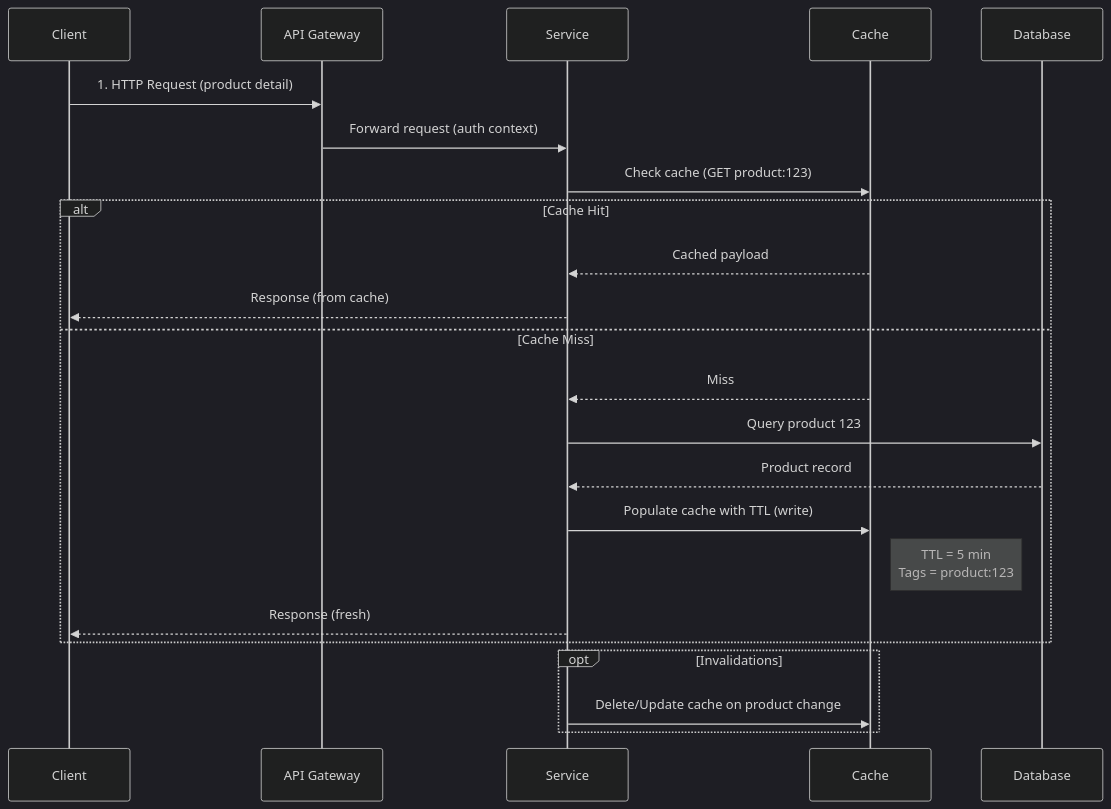
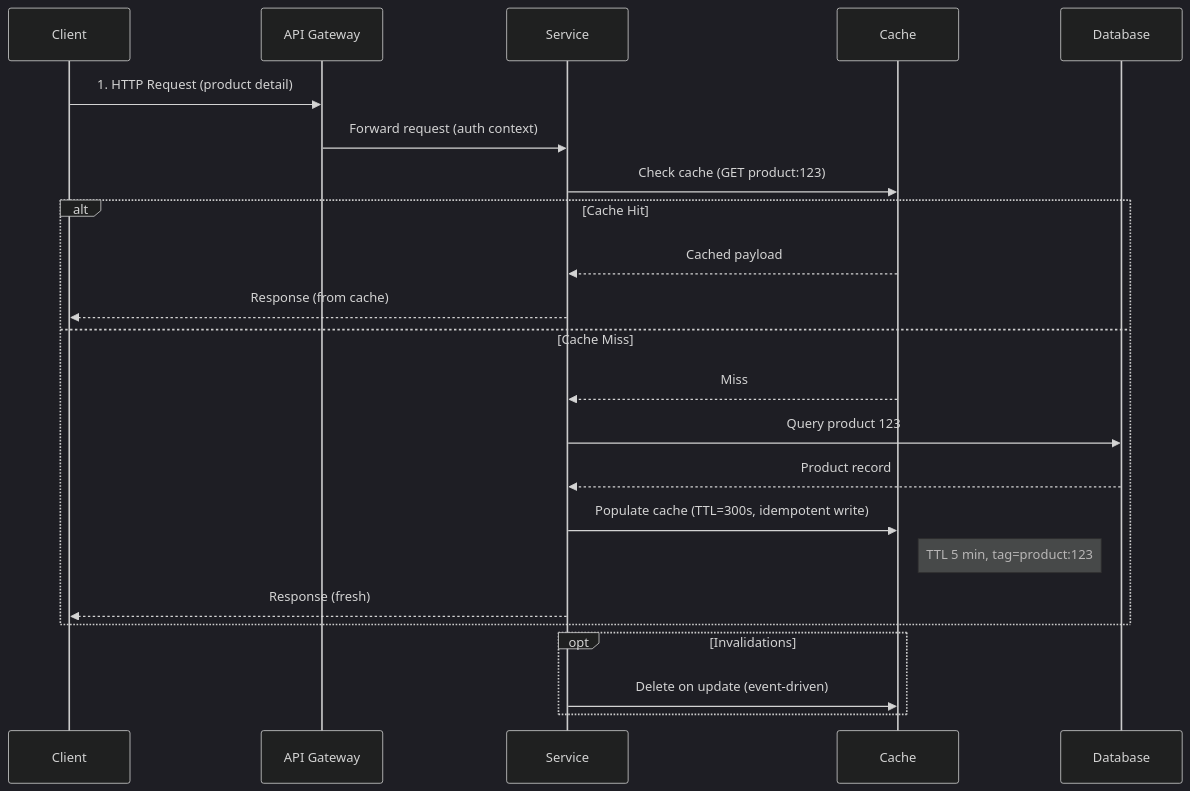
The diagram in 07. System Design/diagrams/cache_read_write_sequence.md (1st/interview), drawn with Mermaid (dark theme) before and after one commit. The commit also changed other lines of this file and 9 other files, not shown here.

Commit message:
Updated diagrams

````diff
--- a/07. System Design/diagrams/cache_read_write_sequence.md
+++ b/07. System Design/diagrams/cache_read_write_sequence.md
@@ -3,26 +3,26 @@
 ```mermaid
 sequenceDiagram
     participant C as Client
     participant G as API Gateway
     participant S as Service
     participant K as Cache
     participant D as Database
 
     C->>G: 1. HTTP Request (product detail)
     G->>S: Forward request (auth context)
     S->>K: Check cache (GET product:123)
     alt Cache Hit
         K-->>S: Cached payload
         S-->>C: Response (from cache)
     else Cache Miss
         K-->>S: Miss
         S->>D: Query product 123
         D-->>S: Product record
-        S->>K: Populate cache with TTL (write)
-        note right of K: TTL = 5 min<br/>Tags = product:123
+        S->>K: Populate cache (TTL=300s, idempotent write)
+        note right of K: TTL 5 min, tag=product:123
         S-->>C: Response (fresh)
     end
     opt Invalidations
-        S->>K: Delete/Update cache on product change
+        S->>K: Delete on update (event-driven)
     end
 ```
````
